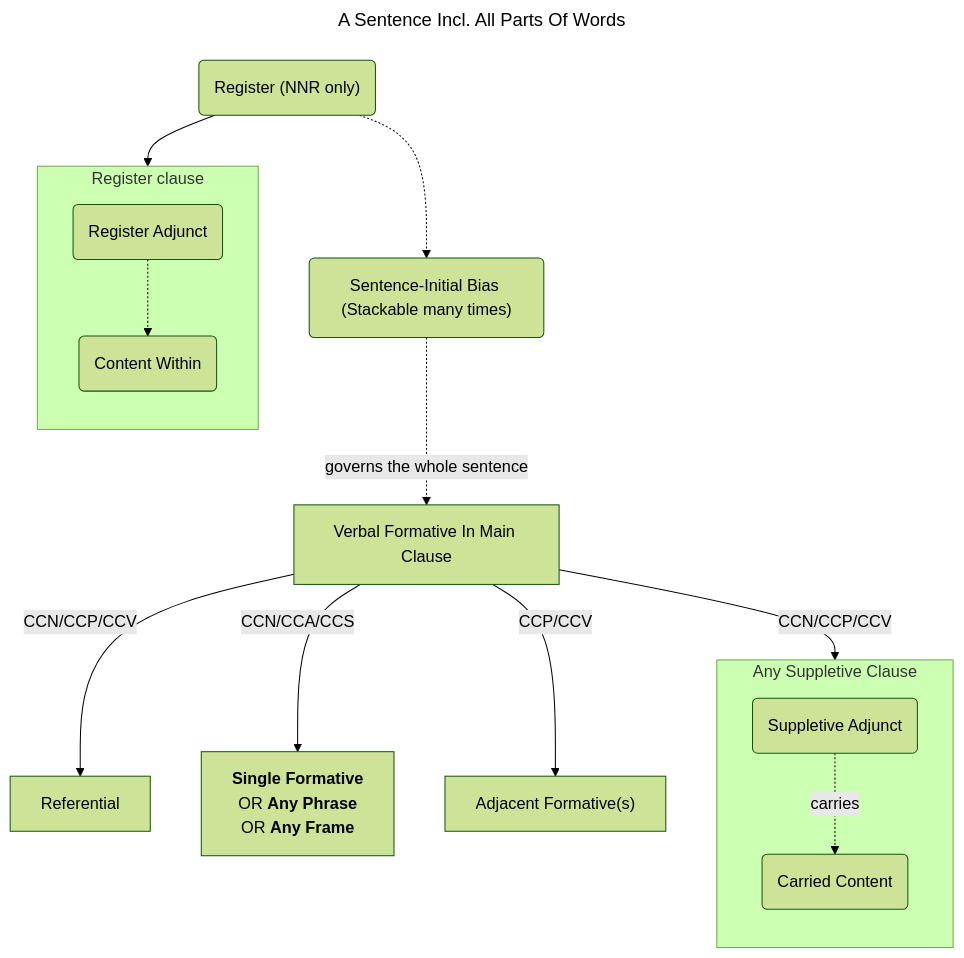
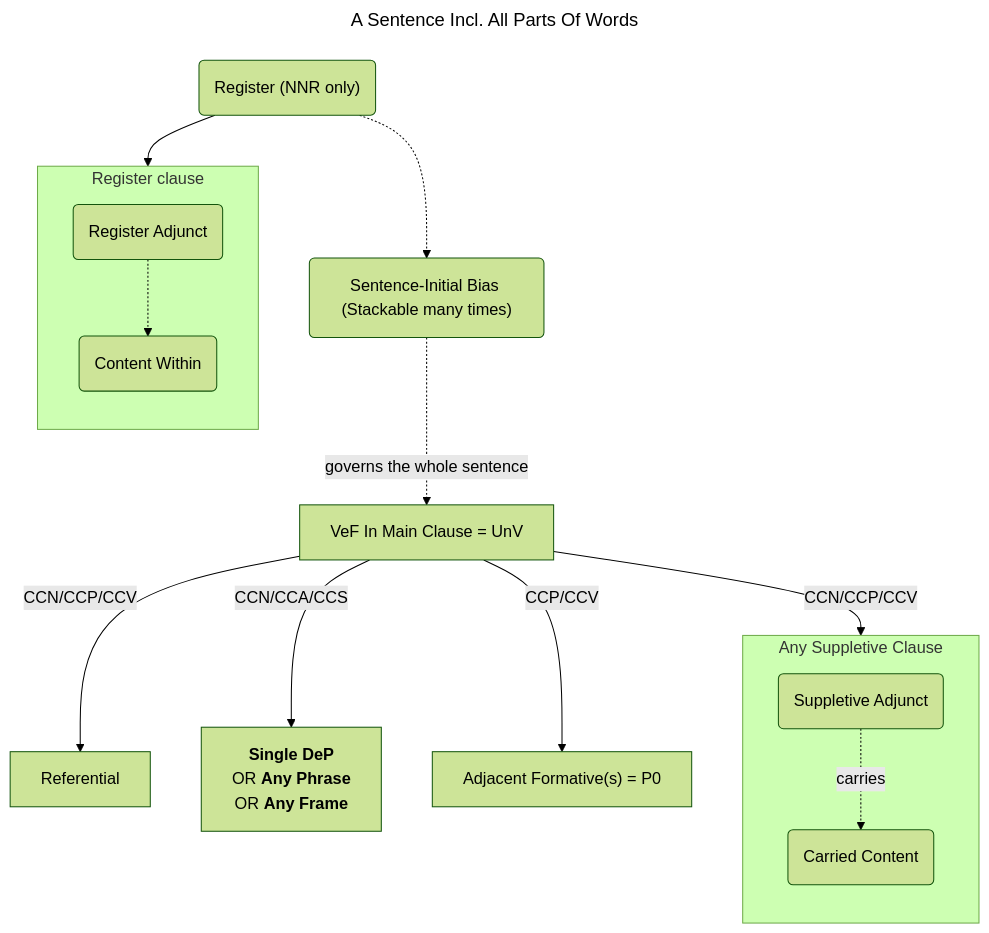
Before and after one commit to yuorb/yuorb.github.io: the seventh of 11 diagrams in src/en/docs/scoping.md, drawn with Mermaid (forest theme). The commit also changed other lines of this file, not shown here.

````diff
--- a/src/en/docs/scoping.md
+++ b/src/en/docs/scoping.md
@@ -164,31 +350,31 @@
 ```mermaid
 ---
 title: A Sentence Incl. All Parts Of Words
 ---
 flowchart TB
     subgraph rc[Register clause]
         direction TB
         rcc(Register Adjunct)
         cw(Content Within)
         rcc-.->cw
     end
     register("`Register (NNR only)`")
     register-->rc
     bias("`Sentence-Initial Bias (Stackable many times)`")
     register-.->bias-.->|governs the whole sentence|v
     v-->|CCN/CCP/CCV|rf[Referential]
     subgraph sp[Any Suppletive Clause]
         direction TB
         scc(Suppletive Adjunct)
         cc(Carried Content)
         scc-.->|carries|cc
     end
-    v[Verbal Formative In Main Clause]
+    v[VeF In Main Clause = UnV]
     v-->|CCN/CCP/CCV|sp
-    fpf["`**Single Formative**
+    fpf["`**Single DeP**
     OR **Any Phrase**
     OR **Any Frame**`"]
     v-->|CCN/CCA/CCS|fpf
-    af["`Adjacent Formative(s)`"]
+    af["`Adjacent Formative(s) = P0`"]
     v-->|CCP/CCV|af
 ```
````
